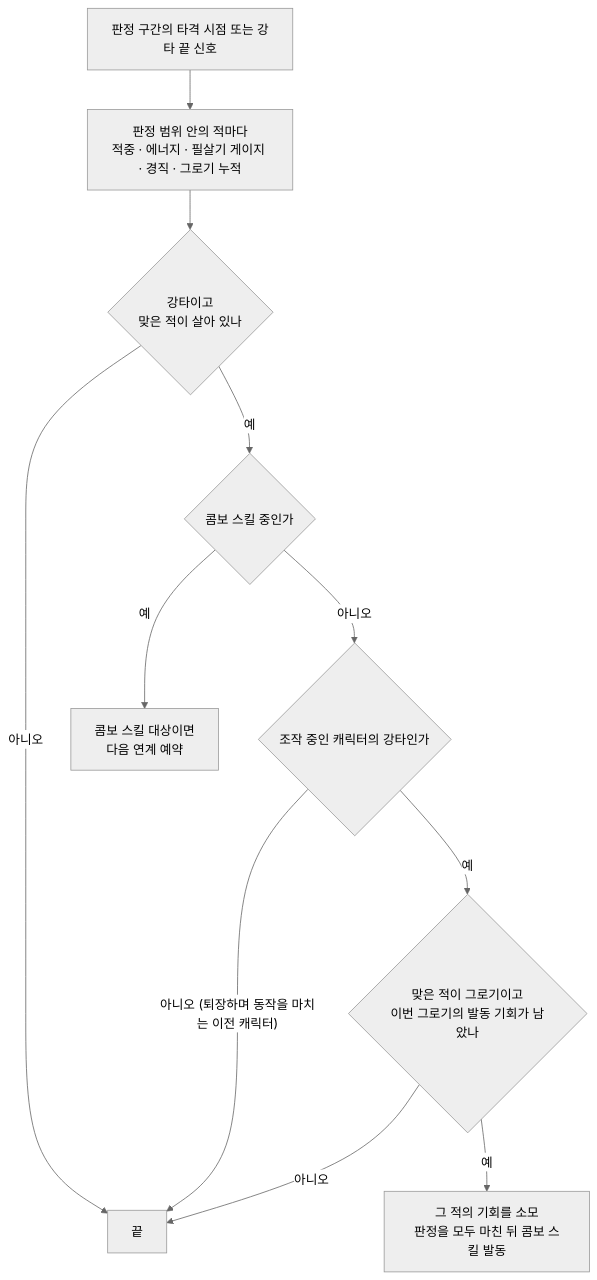
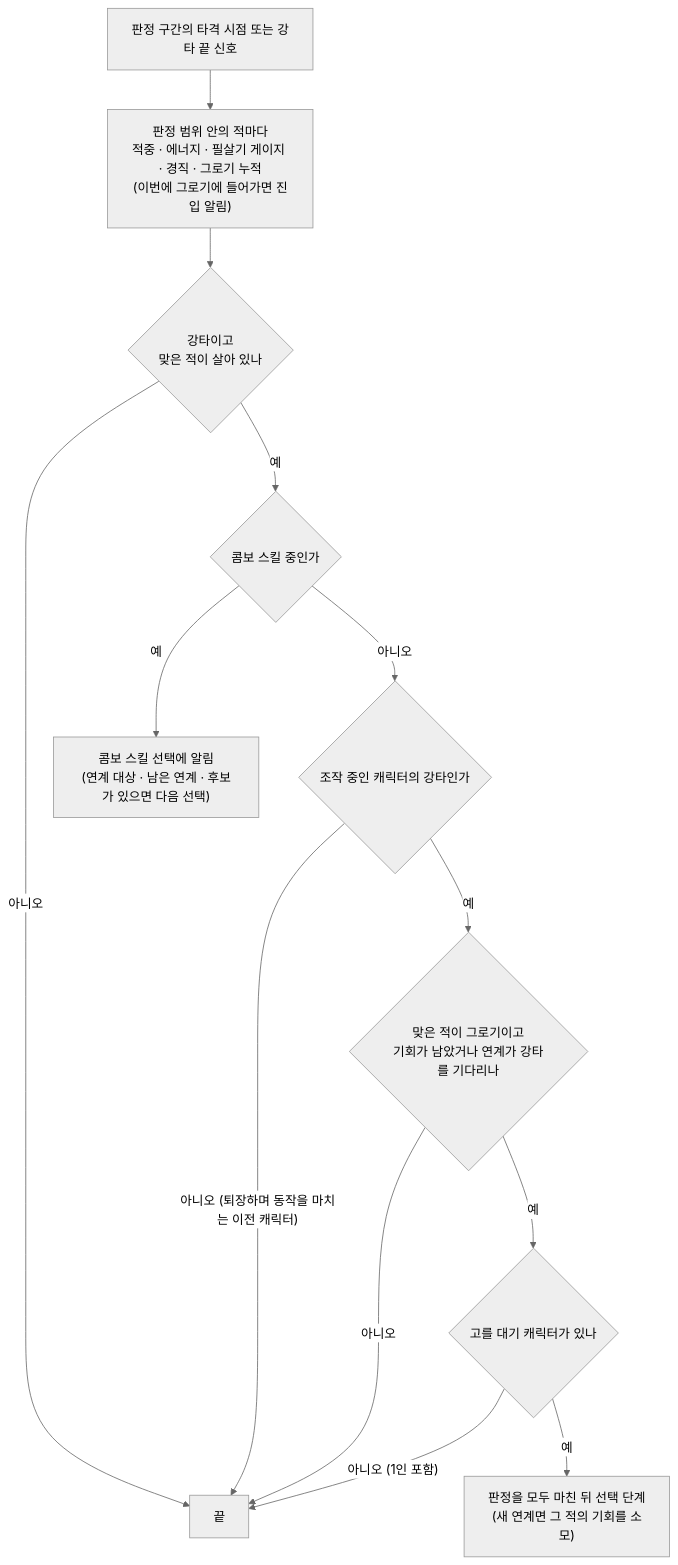
Before and after one commit to SquashPrince/Develrocket_mp15_HHH: the second of 4 diagrams in Docs/Technical/Player/PlayerComboSkill.md, drawn with Mermaid (neutral theme). The commit also changed other lines of this file and 4 other files, not shown here.

````diff
--- a/Docs/Technical/Player/PlayerComboSkill.md
+++ b/Docs/Technical/Player/PlayerComboSkill.md
@@ -31,13 +53,15 @@
 ```mermaid
 flowchart TD
-    H["판정 구간의 타격 시점 또는 강타 끝 신호"] --> J["판정 범위 안의 적마다<br>적중 · 에너지 · 필살기 게이지 · 경직 · 그로기 누적"]
+    H["판정 구간의 타격 시점 또는 강타 끝 신호"] --> J["판정 범위 안의 적마다<br>적중 · 에너지 · 필살기 게이지 · 경직 · 그로기 누적<br>(이번에 그로기에 들어가면 진입 알림)"]
     J --> I{"강타이고<br>맞은 적이 살아 있나"}
     I -->|"아니오"| N["끝"]
     I -->|"예"| A{"콤보 스킬 중인가"}
-    A -->|"예"| Q["콤보 스킬 대상이면<br>다음 연계 예약"]
+    A -->|"예"| Q["콤보 스킬 선택에 알림<br>(연계 대상 · 남은 연계 · 후보가 있으면 다음 선택)"]
     A -->|"아니오"| C{"조작 중인 캐릭터의 강타인가"}
     C -->|"아니오 (퇴장하며 동작을 마치는 이전 캐릭터)"| N
-    C -->|"예"| G{"맞은 적이 그로기이고<br>이번 그로기의 발동 기회가 남았나"}
+    C -->|"예"| G{"맞은 적이 그로기이고<br>기회가 남았거나 연계가 강타를 기다리나"}
     G -->|"아니오"| N
-    G -->|"예"| U["그 적의 기회를 소모<br>판정을 모두 마친 뒤 콤보 스킬 발동"]
+    G -->|"예"| K{"고를 대기 캐릭터가 있나"}
+    K -->|"아니오 (1인 포함)"| N
+    K -->|"예"| U["판정을 모두 마친 뒤 선택 단계<br>(새 연계면 그 적의 기회를 소모)"]
 ```
````
